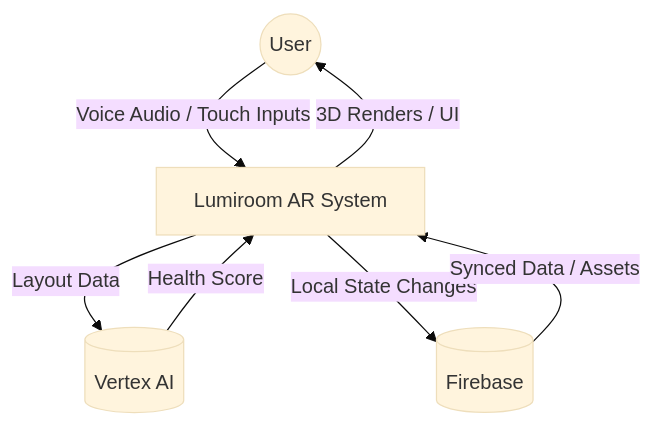
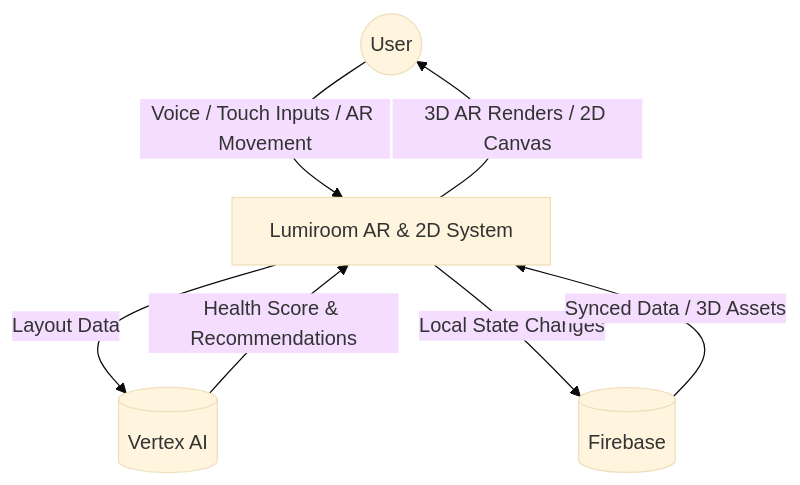
Before and after one commit to Vinoth-ai-20/lumiroom: the first of 3 diagrams in docs/DataFlowDiagrams.md, drawn with Mermaid (base theme). The commit also changed other lines of this file and 63 other files, not shown here.

````diff
--- a/docs/DataFlowDiagrams.md
+++ b/docs/DataFlowDiagrams.md
@@ -15,14 +14,14 @@
 ```mermaid
 flowchart TD
     User((User))
-    Sys[Lumiroom AR System]
+    Sys[Lumiroom AR & 2D System]
     Cloud[(Firebase)]
     AI[(Vertex AI)]
 
-    User -- "Voice Audio / Touch Inputs" --> Sys
-    Sys -- "3D Renders / UI" --> User
+    User -- "Voice / Touch Inputs / AR Movement" --> Sys
+    Sys -- "3D AR Renders / 2D Canvas" --> User
     Sys -- "Layout Data" --> AI
-    AI -- "Health Score" --> Sys
+    AI -- "Health Score & Recommendations" --> Sys
     Sys -- "Local State Changes" --> Cloud
-    Cloud -- "Synced Data / Assets" --> Sys
+    Cloud -- "Synced Data / 3D Assets" --> Sys
 ```
````
